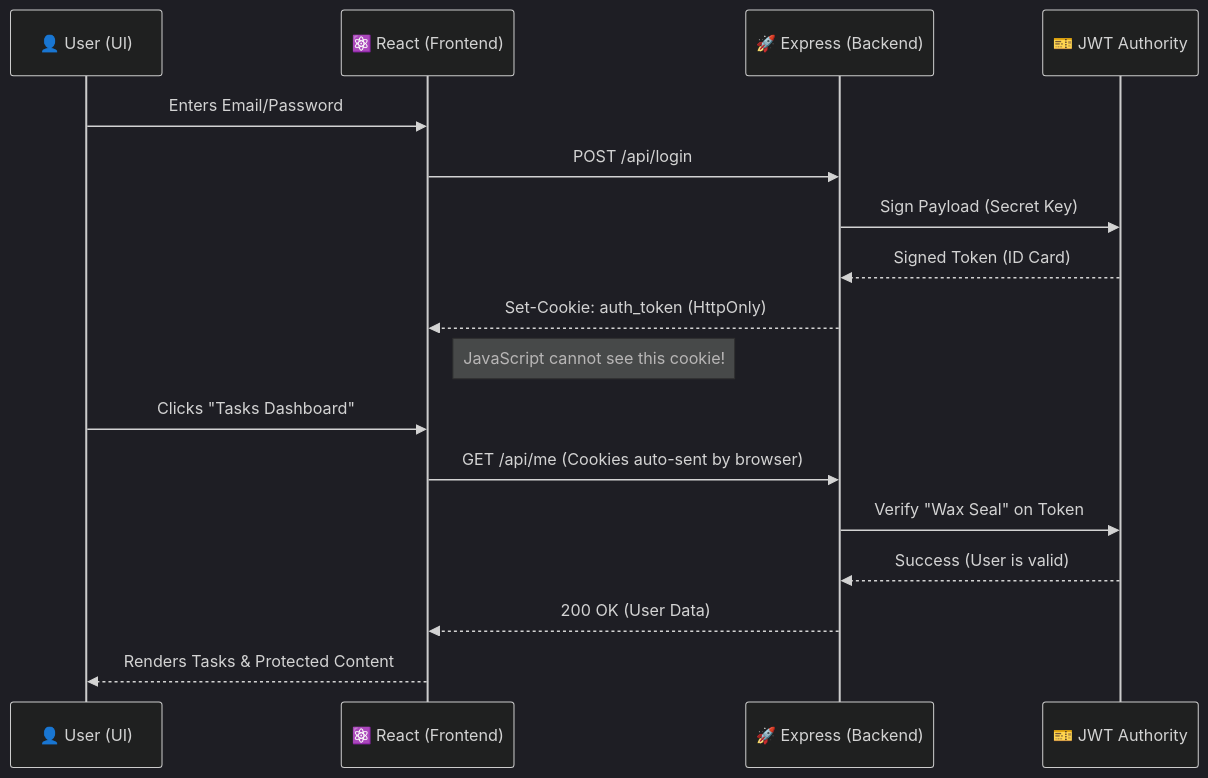
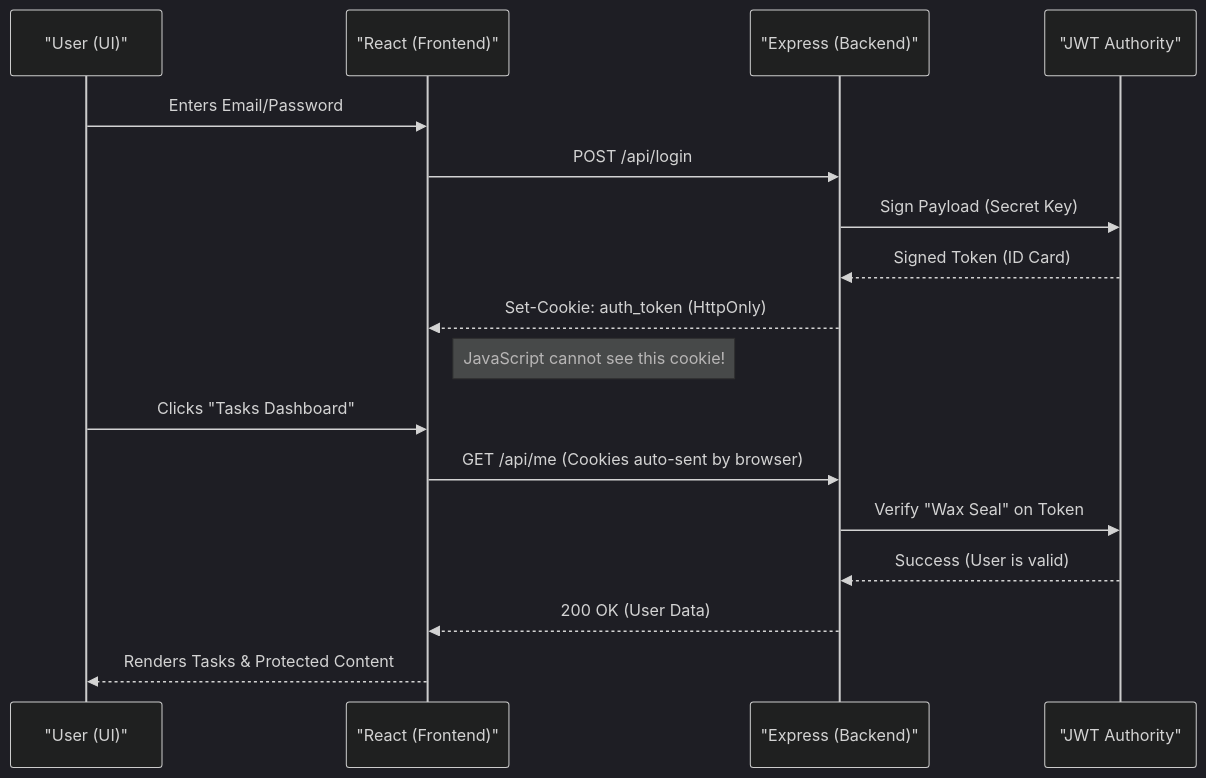
The first of 2 diagrams in task-manager(Hands On)/README.md (Dhayananth1511/Presidio-Intern-Week3-HandsOn-Project), drawn with Mermaid (dark theme) before and after one commit. The commit also changed other lines of this file, not shown here.

Commit message:
Docs: Fixed Mermaid diagram syntax for GitHub rendering

````diff
--- a/task-manager(Hands On)/README.md
+++ b/task-manager(Hands On)/README.md
@@ -209,21 +209,21 @@
 ```mermaid
 sequenceDiagram
-    participant User as 👤 User (UI)
-    participant React as ⚛️ React (Frontend)
-    participant Express as 🚀 Express (Backend)
-    participant JWT as 🎫 JWT Authority
+    participant User as "User (UI)"
+    participant React as "React (Frontend)"
+    participant Express as "Express (Backend)"
+    participant JWT as "JWT Authority"
 
     User->>React: Enters Email/Password
     React->>Express: POST /api/login
     Express->>JWT: Sign Payload (Secret Key)
     JWT-->>Express: Signed Token (ID Card)
     Express-->>React: Set-Cookie: auth_token (HttpOnly)
     Note right of React: JavaScript cannot see this cookie!
 
     User->>React: Clicks "Tasks Dashboard"
     React->>Express: GET /api/me (Cookies auto-sent by browser)
     Express->>JWT: Verify "Wax Seal" on Token
     JWT-->>Express: Success (User is valid)
     Express-->>React: 200 OK (User Data)
     React-->>User: Renders Tasks & Protected Content
 ```
````
